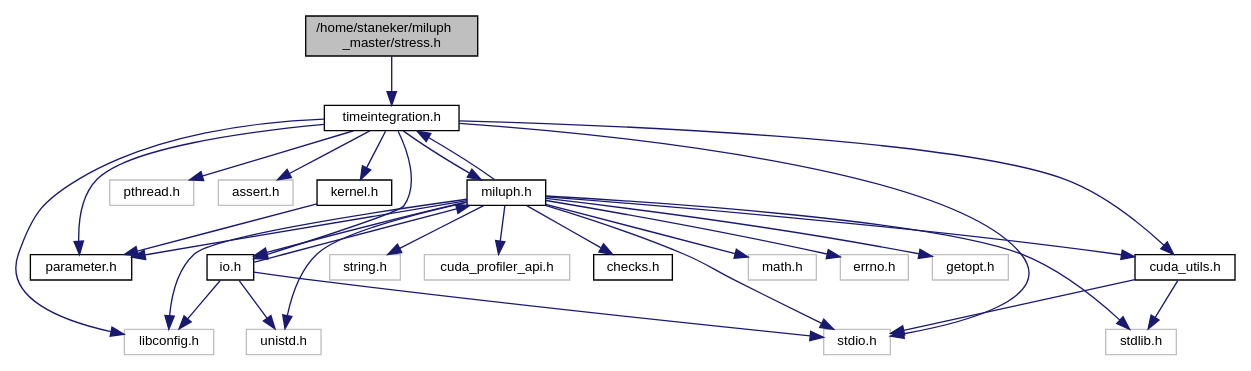
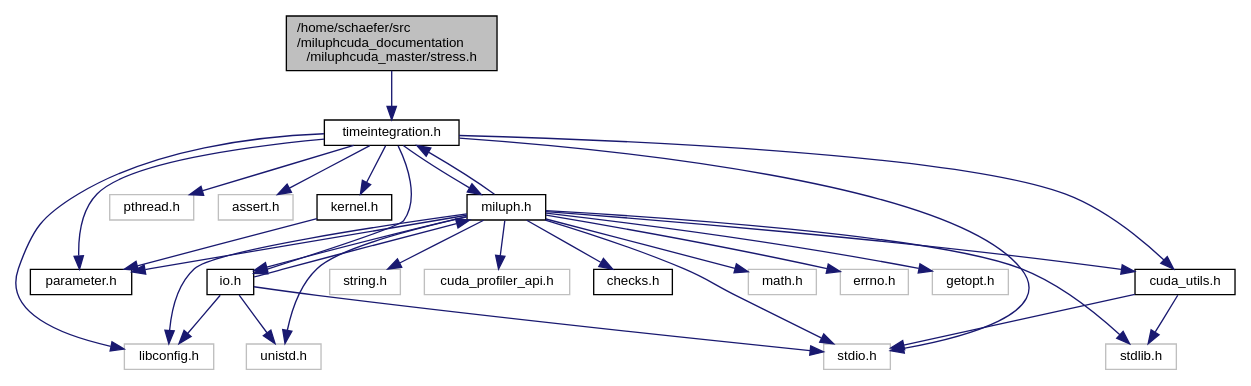
One commit to christophmschaefer/miluphcuda changed the diagram in docs/stress_8h__incl.dot. Above: the diagram before and after it, drawn with Graphviz. The commit also changed 272 other files, not shown here.

```diff
--- a/docs/stress_8h__incl.dot
+++ b/docs/stress_8h__incl.dot
@@ -1,55 +1,55 @@
-digraph "/home/staneker/miluph_master/stress.h"
+digraph "/home/schaefer/src/miluphcuda_documentation/miluphcuda_master/stress.h"
 {
   edge [fontname="Helvetica",fontsize="10",labelfontname="Helvetica",labelfontsize="10"];
   node [fontname="Helvetica",fontsize="10",shape=record];
-  Node0 [label="/home/staneker/miluph\l_master/stress.h",height=0.2,width=0.4,color="black", fillcolor="grey75", style="filled", fontcolor="black"];
+  Node0 [label="/home/schaefer/src\l/miluphcuda_documentation\l/miluphcuda_master/stress.h",height=0.2,width=0.4,color="black", fillcolor="grey75", style="filled", fontcolor="black"];
   Node0 -> Node1 [color="midnightblue",fontsize="10",style="solid",fontname="Helvetica"];
   Node1 [label="timeintegration.h",height=0.2,width=0.4,color="black", fillcolor="white", style="filled",URL="$timeintegration_8h.html"];
   Node1 -> Node2 [color="midnightblue",fontsize="10",style="solid",fontname="Helvetica"];
   Node2 [label="stdio.h",height=0.2,width=0.4,color="grey75", fillcolor="white", style="filled"];
   Node1 -> Node3 [color="midnightblue",fontsize="10",style="solid",fontname="Helvetica"];
   Node3 [label="libconfig.h",height=0.2,width=0.4,color="grey75", fillcolor="white", style="filled"];
   Node1 -> Node4 [color="midnightblue",fontsize="10",style="solid",fontname="Helvetica"];
   Node4 [label="pthread.h",height=0.2,width=0.4,color="grey75", fillcolor="white", style="filled"];
   Node1 -> Node5 [color="midnightblue",fontsize="10",style="solid",fontname="Helvetica"];
   Node5 [label="assert.h",height=0.2,width=0.4,color="grey75", fillcolor="white", style="filled"];
   Node1 -> Node6 [color="midnightblue",fontsize="10",style="solid",fontname="Helvetica"];
   Node6 [label="parameter.h",height=0.2,width=0.4,color="black", fillcolor="white", style="filled",URL="$parameter_8h.html"];
   Node1 -> Node7 [color="midnightblue",fontsize="10",style="solid",fontname="Helvetica"];
   Node7 [label="miluph.h",height=0.2,width=0.4,color="black", fillcolor="white", style="filled",URL="$miluph_8h.html"];
   Node7 -> Node8 [color="midnightblue",fontsize="10",style="solid",fontname="Helvetica"];
   Node8 [label="math.h",height=0.2,width=0.4,color="grey75", fillcolor="white", style="filled"];
   Node7 -> Node9 [color="midnightblue",fontsize="10",style="solid",fontname="Helvetica"];
   Node9 [label="errno.h",height=0.2,width=0.4,color="grey75", fillcolor="white", style="filled"];
   Node7 -> Node10 [color="midnightblue",fontsize="10",style="solid",fontname="Helvetica"];
   Node10 [label="getopt.h",height=0.2,width=0.4,color="grey75", fillcolor="white", style="filled"];
   Node7 -> Node11 [color="midnightblue",fontsize="10",style="solid",fontname="Helvetica"];
   Node11 [label="string.h",height=0.2,width=0.4,color="grey75", fillcolor="white", style="filled"];
   Node7 -> Node12 [color="midnightblue",fontsize="10",style="solid",fontname="Helvetica"];
   Node12 [label="unistd.h",height=0.2,width=0.4,color="grey75", fillcolor="white", style="filled"];
   Node7 -> Node2 [color="midnightblue",fontsize="10",style="solid",fontname="Helvetica"];
   Node7 -> Node13 [color="midnightblue",fontsize="10",style="solid",fontname="Helvetica"];
   Node13 [label="stdlib.h",height=0.2,width=0.4,color="grey75", fillcolor="white", style="filled"];
   Node7 -> Node3 [color="midnightblue",fontsize="10",style="solid",fontname="Helvetica"];
   Node7 -> Node14 [color="midnightblue",fontsize="10",style="solid",fontname="Helvetica"];
   Node14 [label="cuda_utils.h",height=0.2,width=0.4,color="black", fillcolor="white", style="filled",URL="$cuda__utils_8h.html"];
   Node14 -> Node2 [color="midnightblue",fontsize="10",style="solid",fontname="Helvetica"];
   Node14 -> Node13 [color="midnightblue",fontsize="10",style="solid",fontname="Helvetica"];
   Node7 -> Node6 [color="midnightblue",fontsize="10",style="solid",fontname="Helvetica"];
   Node7 -> Node15 [color="midnightblue",fontsize="10",style="solid",fontname="Helvetica"];
   Node15 [label="io.h",height=0.2,width=0.4,color="black", fillcolor="white", style="filled",URL="$io_8h.html"];
   Node15 -> Node2 [color="midnightblue",fontsize="10",style="solid",fontname="Helvetica"];
   Node15 -> Node12 [color="midnightblue",fontsize="10",style="solid",fontname="Helvetica"];
   Node15 -> Node3 [color="midnightblue",fontsize="10",style="solid",fontname="Helvetica"];
   Node15 -> Node7 [color="midnightblue",fontsize="10",style="solid",fontname="Helvetica"];
   Node7 -> Node1 [color="midnightblue",fontsize="10",style="solid",fontname="Helvetica"];
   Node7 -> Node16 [color="midnightblue",fontsize="10",style="solid",fontname="Helvetica"];
   Node16 [label="cuda_profiler_api.h",height=0.2,width=0.4,color="grey75", fillcolor="white", style="filled"];
   Node7 -> Node17 [color="midnightblue",fontsize="10",style="solid",fontname="Helvetica"];
   Node17 [label="checks.h",height=0.2,width=0.4,color="black", fillcolor="white", style="filled",URL="$checks_8h.html"];
   Node1 -> Node15 [color="midnightblue",fontsize="10",style="solid",fontname="Helvetica"];
   Node1 -> Node14 [color="midnightblue",fontsize="10",style="solid",fontname="Helvetica"];
   Node1 -> Node18 [color="midnightblue",fontsize="10",style="solid",fontname="Helvetica"];
   Node18 [label="kernel.h",height=0.2,width=0.4,color="black", fillcolor="white", style="filled",URL="$kernel_8h.html"];
   Node18 -> Node6 [color="midnightblue",fontsize="10",style="solid",fontname="Helvetica"];
 }
```
